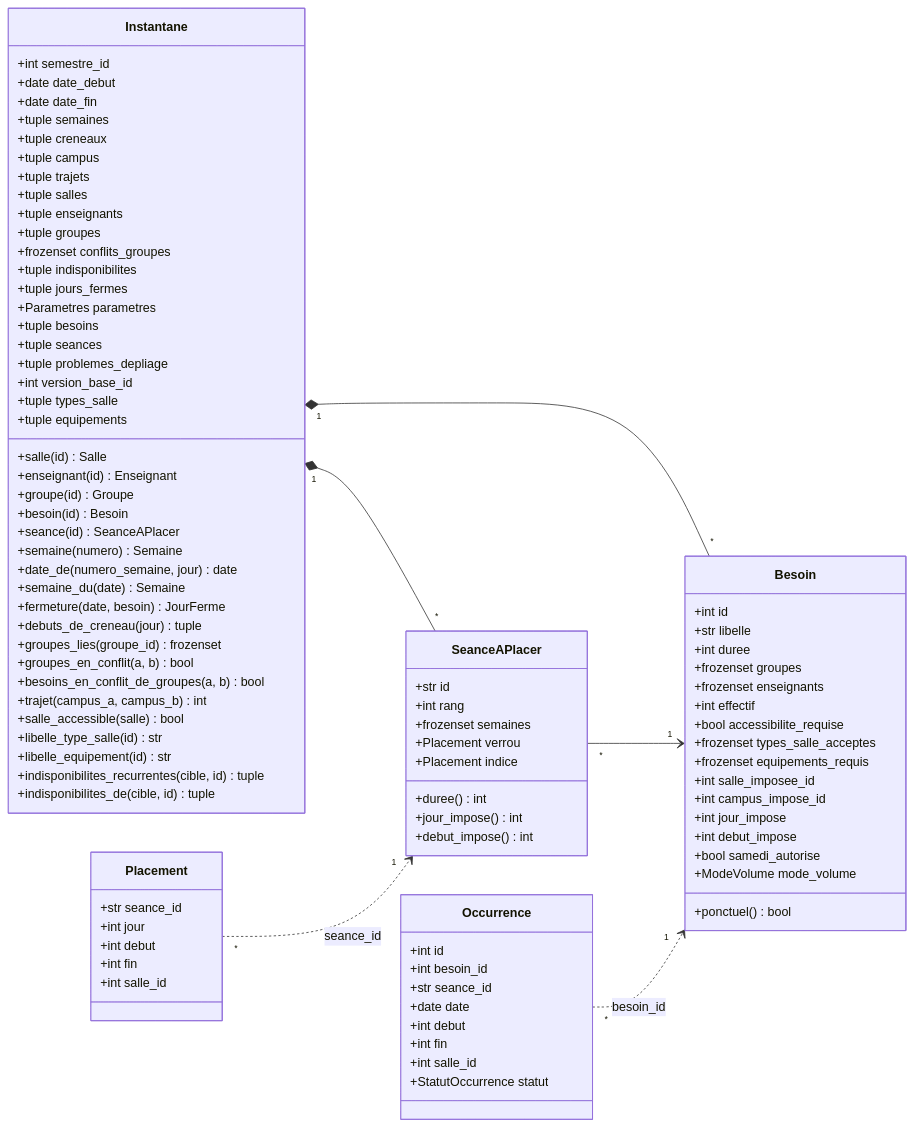
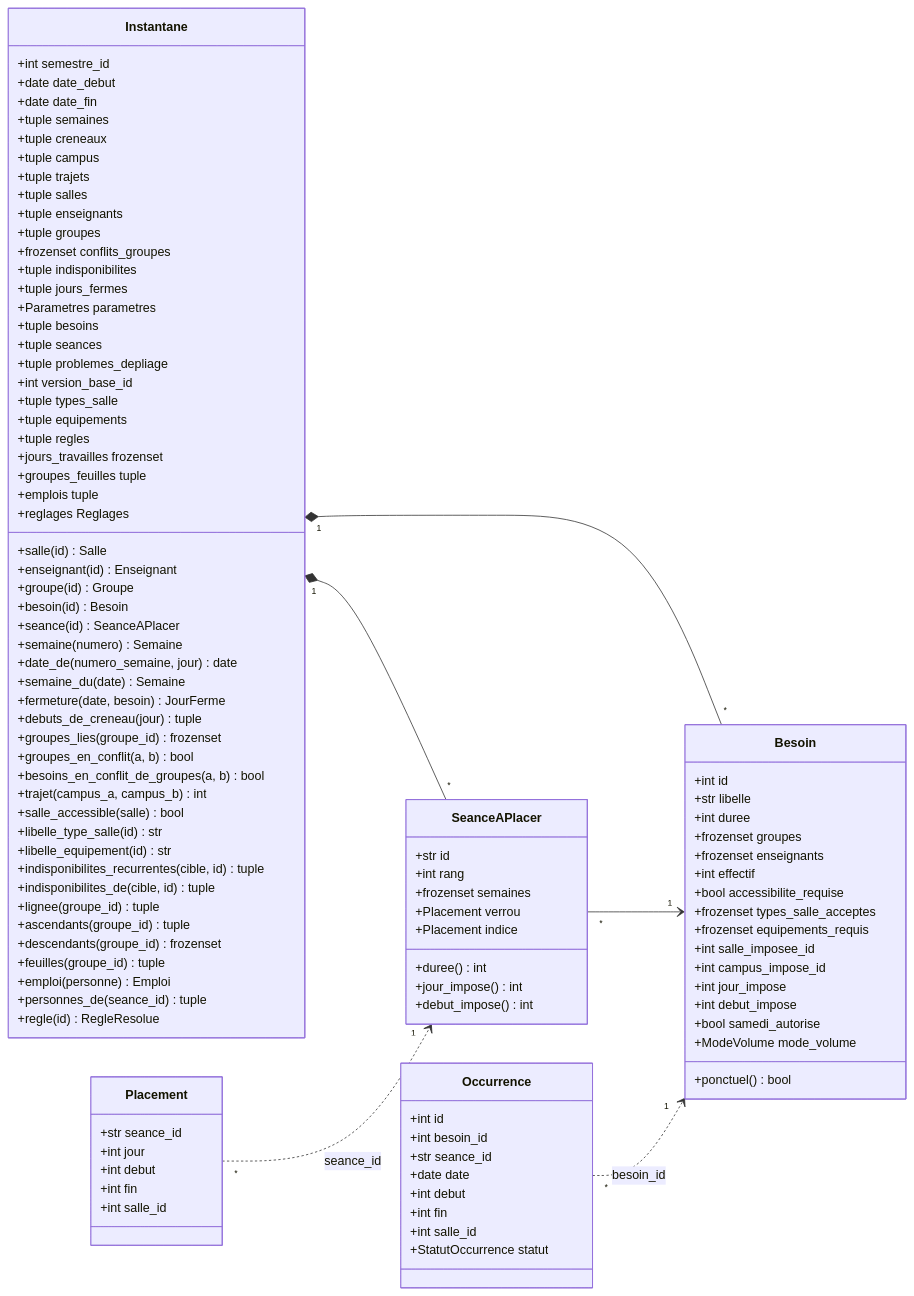
Before and after one commit to Maki882/projet-edt: the diagram in docs/architecture.md, drawn with Mermaid. The commit also changed other lines of this file and 3 other files, not shown here.

First line of the commit message:
Docs : règles personnalisées (architecture, modèle de données, décisions, écarts)

```diff
--- a/docs/architecture.md
+++ b/docs/architecture.md
@@ -340,6 +340,7 @@
         +int version_base_id
         +tuple types_salle
         +tuple equipements
+        +tuple regles
         +salle(id) Salle
         +enseignant(id) Enseignant
         +groupe(id) Groupe
@@ -359,6 +360,17 @@
         +libelle_equipement(id) str
         +indisponibilites_recurrentes(cible, id) tuple
         +indisponibilites_de(cible, id) tuple
+        +jours_travailles frozenset
+        +lignee(groupe_id) tuple
+        +ascendants(groupe_id) tuple
+        +descendants(groupe_id) frozenset
+        +groupes_feuilles tuple
+        +feuilles(groupe_id) tuple
+        +emplois tuple
+        +emploi(personne) Emploi
+        +personnes_de(seance_id) tuple
+        +regle(id) RegleResolue
+        +reglages Reglages
     }
     class Besoin {
         +int id
```
